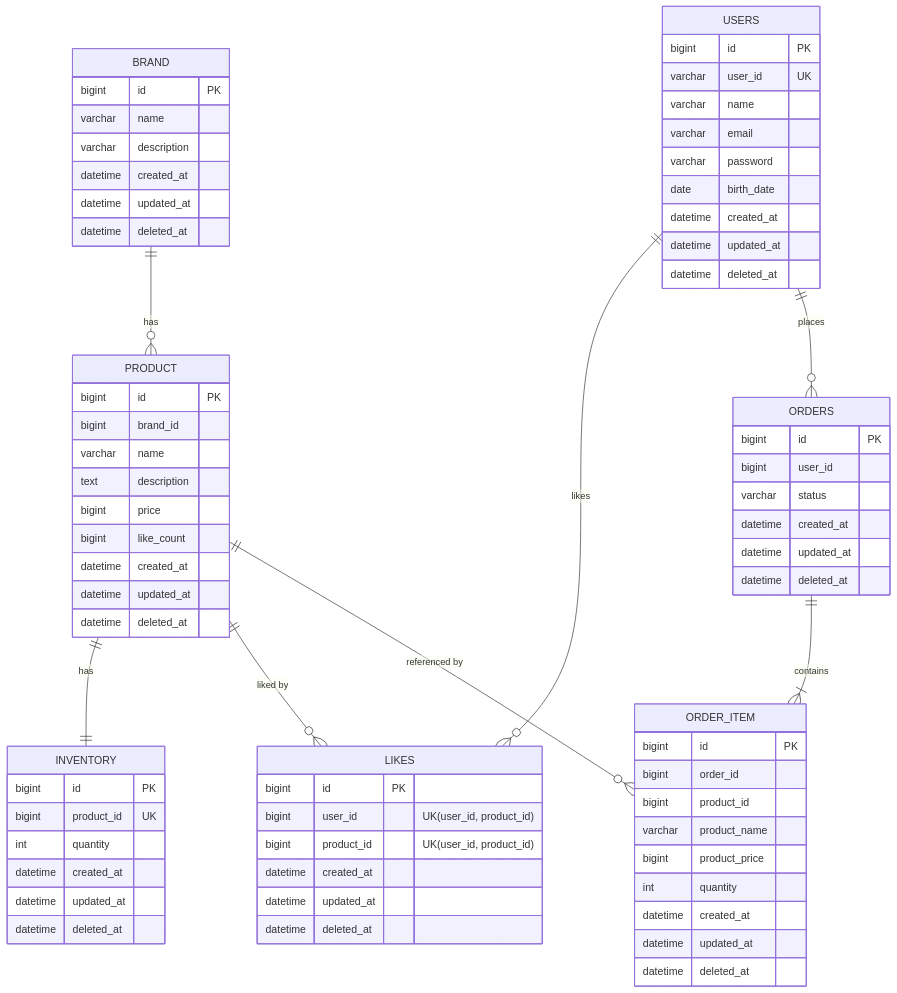
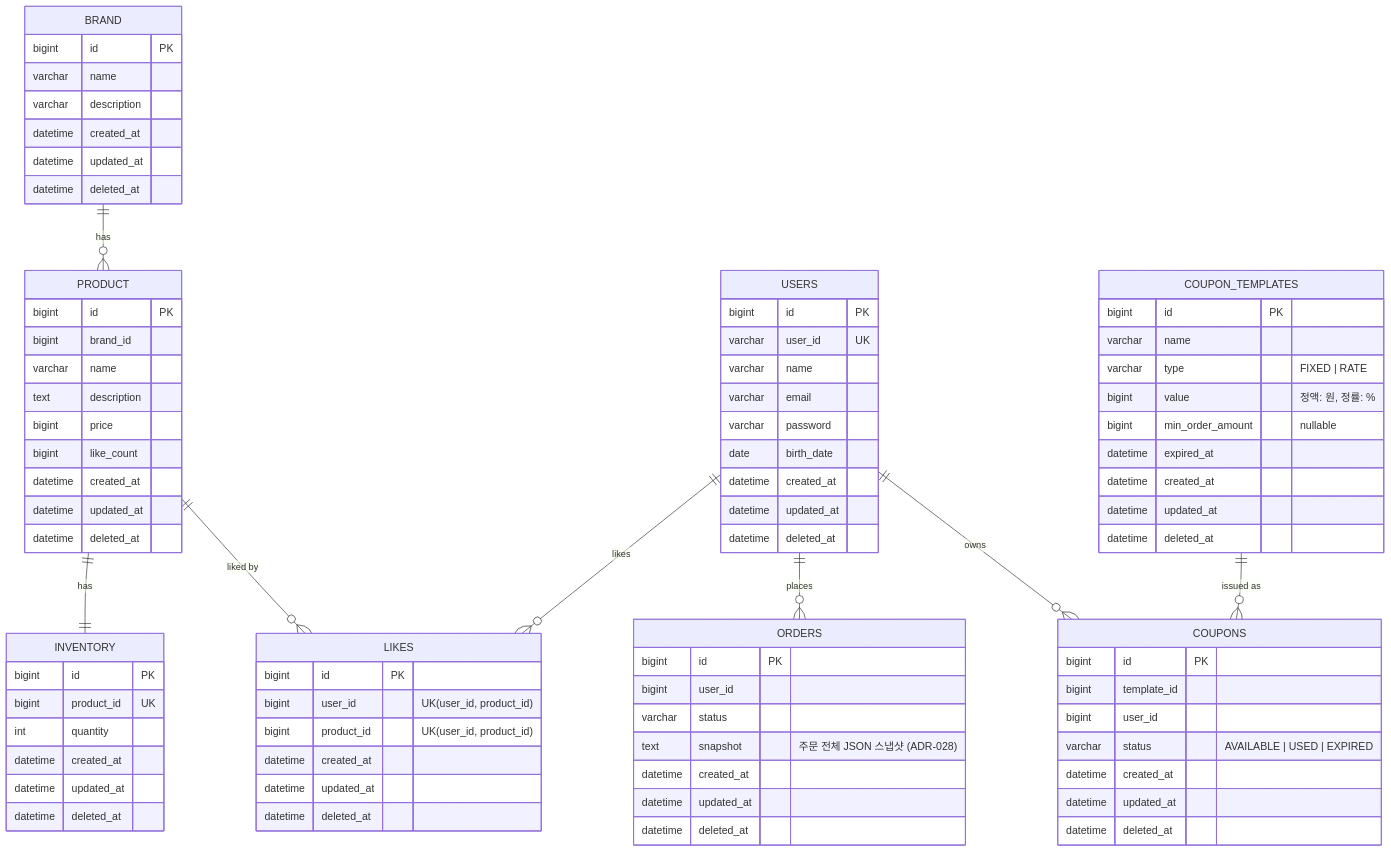
Before and after one commit to Hangju0610/loop-pack-be-l2-vol4-java: the diagram in docs/04-erd.md, drawn with Mermaid. The commit also changed other lines of this file and 2 other files, not shown here.

Commit message:
docs: ERD 및 클래스 다이어그램 4주차 변경사항 반영

````diff
--- a/docs/04-erd.md
+++ b/docs/04-erd.md
@@ -59,18 +59,29 @@
         bigint id PK
         bigint user_id
         varchar status
+        text snapshot "주문 전체 JSON 스냅샷 (ADR-028)"
         datetime created_at
         datetime updated_at
         datetime deleted_at
     }
 
-    ORDER_ITEM {
+    COUPON_TEMPLATES {
         bigint id PK
-        bigint order_id
-        bigint product_id
-        varchar product_name
-        bigint product_price
-        int quantity
+        varchar name
+        varchar type "FIXED | RATE"
+        bigint value "정액: 원, 정률: %"
+        bigint min_order_amount "nullable"
+        datetime expired_at
+        datetime created_at
+        datetime updated_at
+        datetime deleted_at
+    }
+
+    COUPONS {
+        bigint id PK
+        bigint template_id
+        bigint user_id
+        varchar status "AVAILABLE | USED | EXPIRED"
         datetime created_at
         datetime updated_at
         datetime deleted_at
@@ -81,6 +92,6 @@
     USERS ||--o{ LIKES : "likes"
     USERS ||--o{ ORDERS : "places"
     PRODUCT ||--o{ LIKES : "liked by"
-    PRODUCT ||--o{ ORDER_ITEM : "referenced by"
-    ORDERS ||--|{ ORDER_ITEM : "contains"
+    USERS ||--o{ COUPONS : "owns"
+    COUPON_TEMPLATES ||--o{ COUPONS : "issued as"
 ```
````
